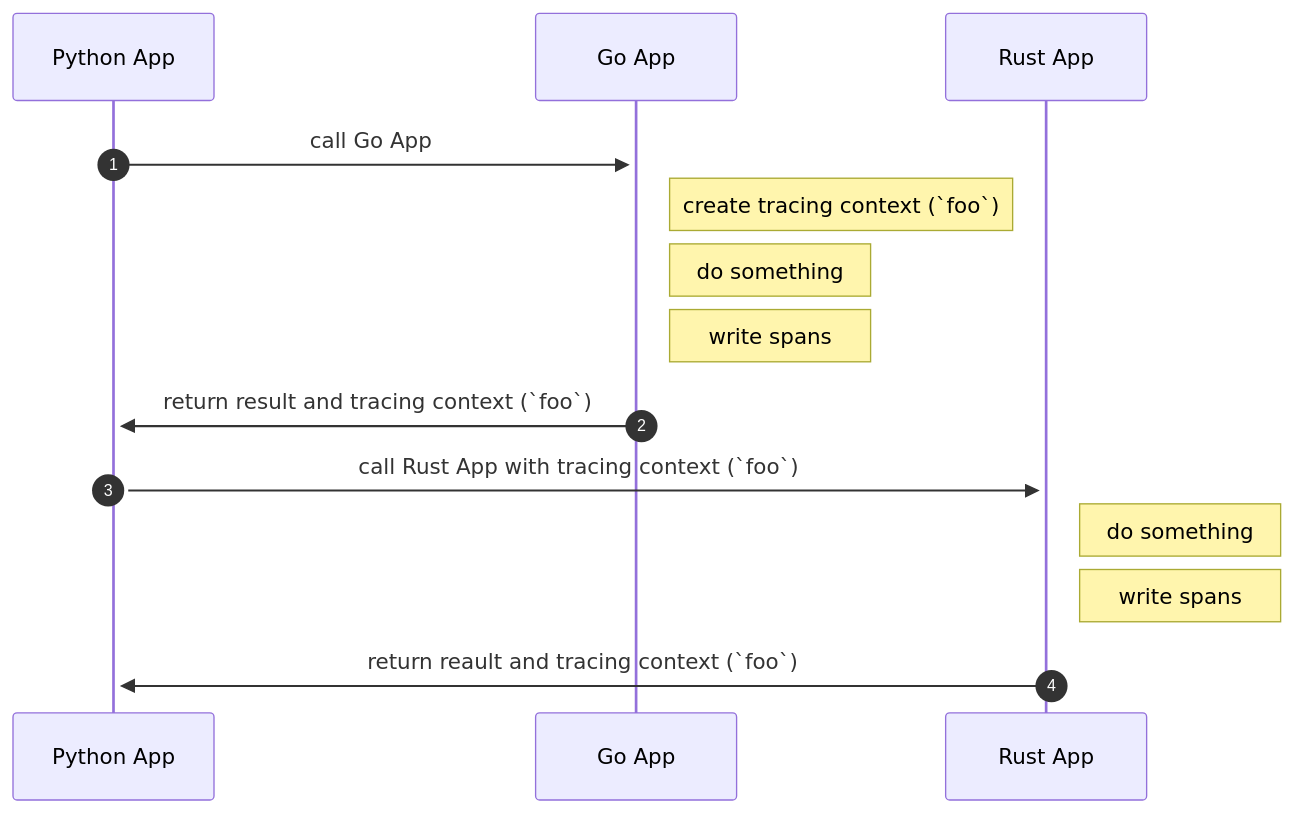
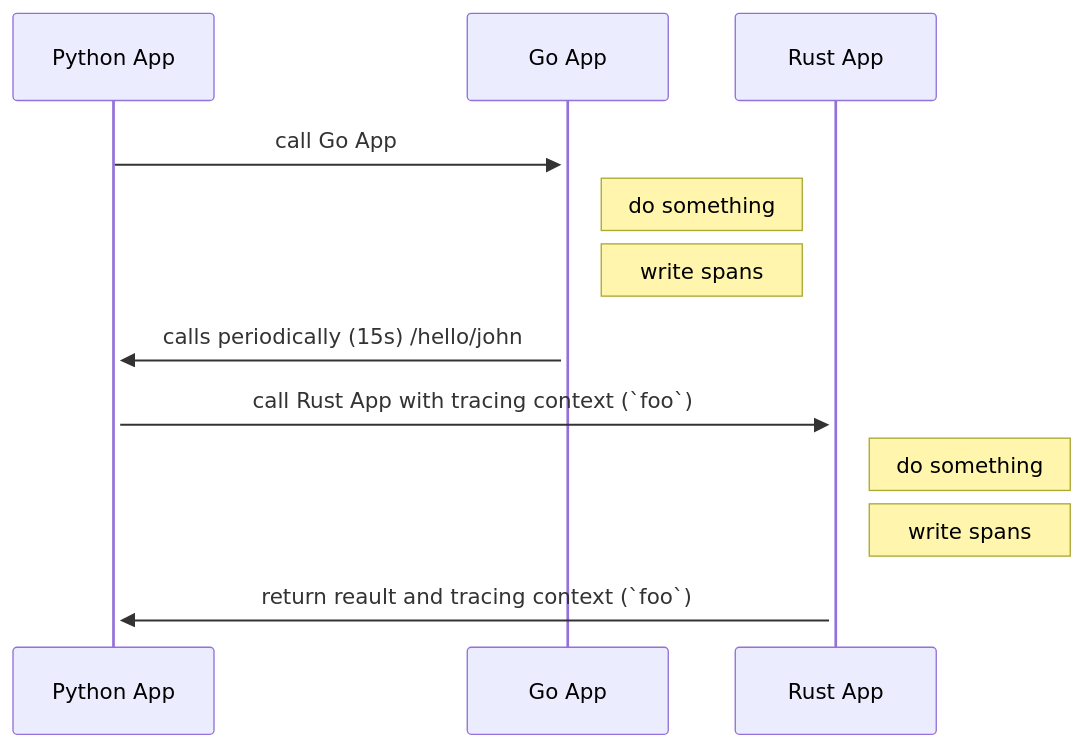
One commit to emanuelef/test-pod-debugging changed the diagram in chart.md. Above: the diagram before and after it, drawn with Mermaid. The commit also changed 5 other files, not shown here.

Commit message:
Use arrows to indicate API flow

````diff
--- a/chart.md
+++ b/chart.md
@@ -1,18 +1,16 @@
 ```mermaid
 sequenceDiagram
-    autonumber
 
     participant Python App
     participant Go App
     participant Rust App
 
     Python App ->>+ Go App: call Go App
-    Note right of Go App: create tracing context (`foo`)
     Note right of Go App: do something
     Note right of Go App: write spans
-    Go App ->>+ Python App: return result and tracing context (`foo`)
+    Go App ->>+ Python App: calls periodically (15s) /hello/john
     Python App ->>+ Rust App: call Rust App with tracing context (`foo`)
     Note right of Rust App: do something
     Note right of Rust App: write spans
     Rust App ->>+ Python App: return reault and tracing context (`foo`)
 ```
````
